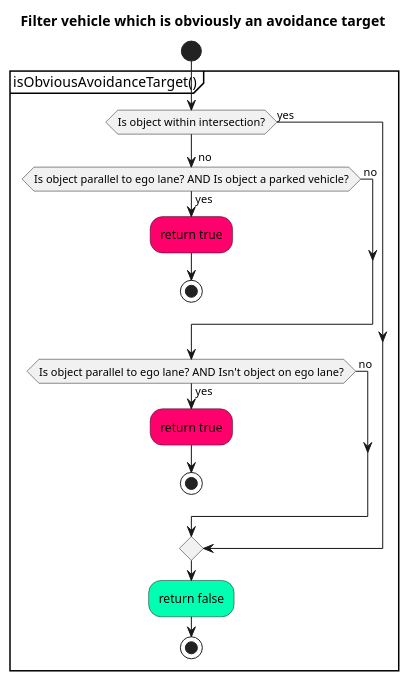
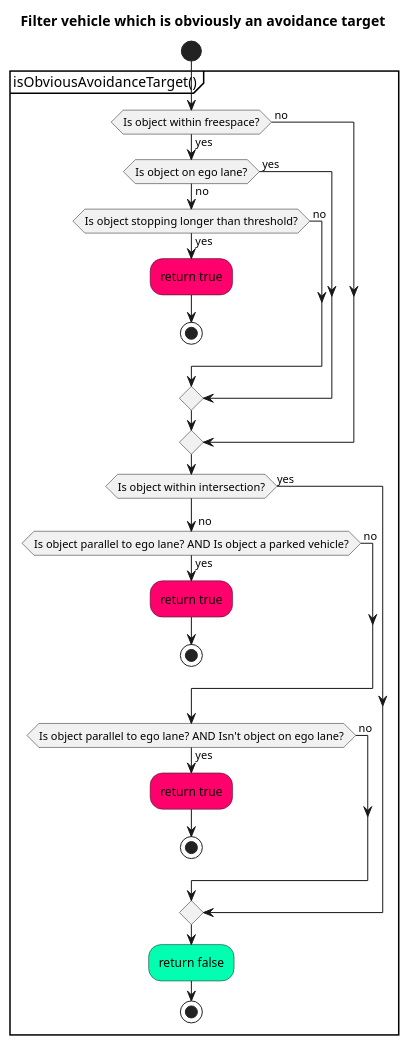
One commit to autowarefoundation/autoware.universe changed the seventh of 9 diagrams in planning/behavior_path_planner/autoware_behavior_path_static_obstacle_avoidance_module/README.md. Above: the diagram before and after it, drawn with PlantUML. The commit also changed other lines of this file and 6 other files, not shown here.

````diff
--- a/planning/behavior_path_planner/autoware_behavior_path_static_obstacle_avoidance_module/README.md
+++ b/planning/behavior_path_planner/autoware_behavior_path_static_obstacle_avoidance_module/README.md
@@ -612,30 +621,42 @@
 ```plantuml
 @startuml
 skinparam defaultTextAlignment center
 skinparam noteTextAlignment left
 
 title Filter vehicle which is obviously an avoidance target
 start
 
 partition isObviousAvoidanceTarget() {
+if(Is object within freespace?) then (yes)
+if(Is object on ego lane?) then (no)
+if(Is object stopping longer than threshold?) then (yes)
+#FF006C :return true;
+stop
+else (\n no)
+endif
+else (\n yes)
+endif
+else (\n no)
+endif
+
 if(Is object within intersection?) then (yes)
 else (\n no)
 if(Is object parallel to ego lane? AND Is object a parked vehicle?) then (yes)
 #FF006C :return true;
 stop
 else (\n no)
 endif
 
 if(Is object parallel to ego lane? AND Isn't object on ego lane?) then (yes)
 #FF006C :return true;
 stop
 else (\n no)
 endif
 endif
 
 #00FFB1 :return false;
 stop
 }
 
 @enduml
 ```
````
